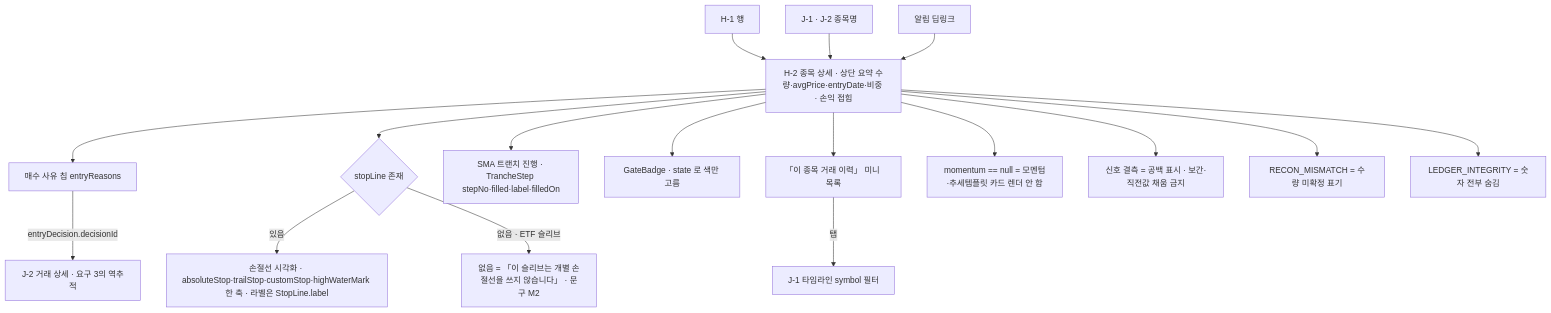
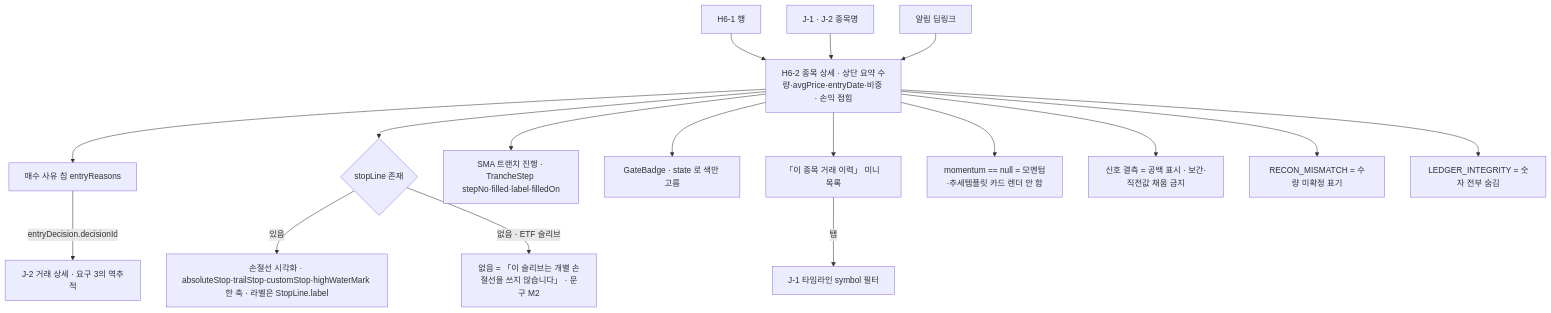
Before and after one commit to billybeom/AutoAlphaQuant: diagram 22 of 27 in docs/ai-context/02_화면명세_M6_매매일지_보유현황.md, drawn with Mermaid. The commit also changed other lines of this file and 17 other files, not shown here.

````diff
--- a/docs/ai-context/02_화면명세_M6_매매일지_보유현황.md
+++ b/docs/ai-context/02_화면명세_M6_매매일지_보유현황.md
@@ -1278,36 +1284,36 @@
 ```mermaid
 flowchart TD
-  IN1["H-1 행"]
+  IN1["H6-1 행"]
   IN2["J-1 · J-2 종목명"]
   IN3["알림 딥링크"]
-  H2["H-2 종목 상세 · 상단 요약 수량·avgPrice·entryDate·비중 · 손익 접힘"]
+  H2["H6-2 종목 상세 · 상단 요약 수량·avgPrice·entryDate·비중 · 손익 접힘"]
   REASON["매수 사유 칩 entryReasons"]
   J2["J-2 거래 상세 · 요구 3의 역추적"]
   STOP{"stopLine 존재"}
   GAUGE["손절선 시각화 · absoluteStop·trailStop·customStop·highWaterMark 한 축 · 라벨은 StopLine.label"]
   NOSTOP["없음 = 「이 슬리브는 개별 손절선을 쓰지 않습니다」 · 문구 M2"]
   TR["SMA 트랜치 진행 · TrancheStep stepNo·filled·label·filledOn"]
   GB["GateBadge · state 로 색만 고름"]
   HIST["「이 종목 거래 이력」 미니 목록"]
   J1["J-1 타임라인 symbol 필터"]
   NOMOM["momentum == null = 모멘텀·추세템플릿 카드 렌더 안 함"]
   GAP["신호 결측 = 공백 표시 · 보간·직전값 채움 금지"]
   MASK["RECON_MISMATCH = 수량 미확정 표기"]
   HIDE["LEDGER_INTEGRITY = 숫자 전부 숨김"]
   IN1 --> H2
   IN2 --> H2
   IN3 --> H2
   H2 --> REASON
   REASON -->|"entryDecision.decisionId"| J2
   H2 --> STOP
   STOP -->|"있음"| GAUGE
   STOP -->|"없음 · ETF 슬리브"| NOSTOP
   H2 --> TR
   H2 --> GB
   H2 --> HIST
   HIST -->|"탭"| J1
   H2 --> NOMOM
   H2 --> GAP
   H2 --> MASK
   H2 --> HIDE
 ```
````
